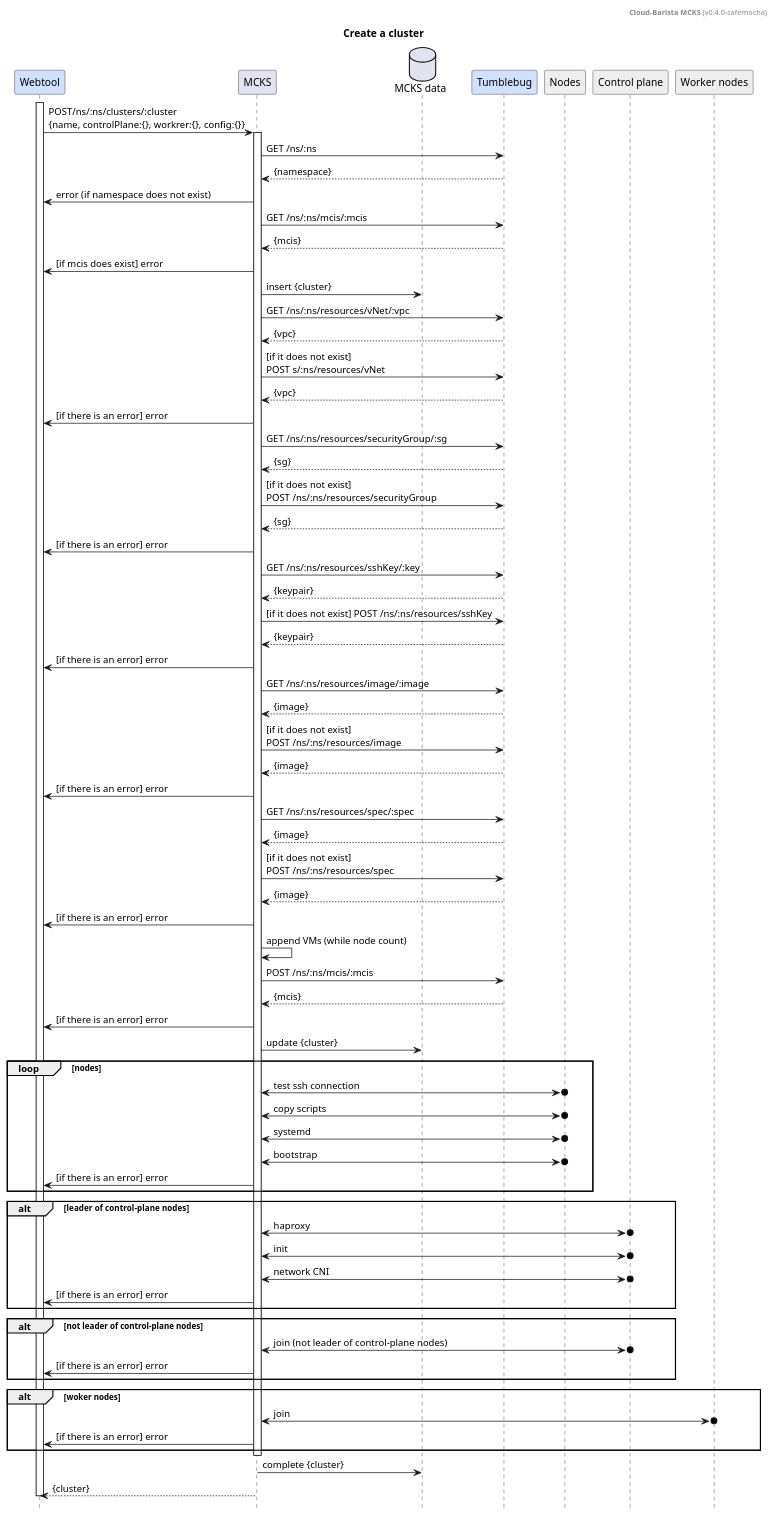
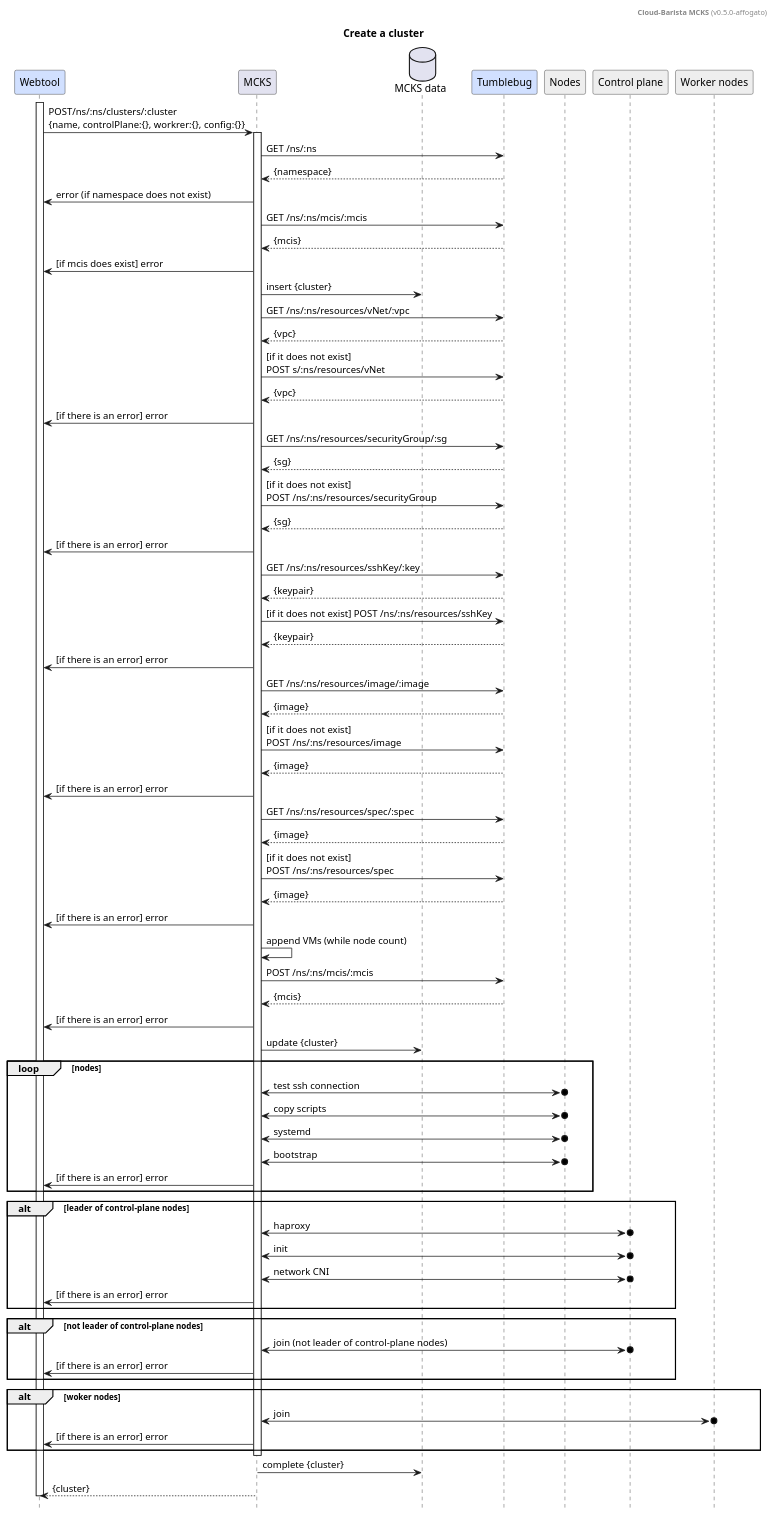
Before and after one commit to cloud-barista/cb-ladybug: the diagram in docs/design/cluster-create.puml, drawn with PlantUML. The commit also changed 11 other files, not shown here.

```diff
--- a/docs/design/cluster-create.puml
+++ b/docs/design/cluster-create.puml
@@ -1,122 +1,122 @@
 @startuml
 
-header **Cloud-Barista MCKS** (v0.4.0-cafemocha)
+header **Cloud-Barista MCKS** (v0.5.0-affogato)
 title Create a cluster
 hide footbox
 
 participant	"Webtool"		as webtool		#d1e0ff
 
 participant	"MCKS"		as provider
 database	"MCKS data"	as db
 
 participant	"Tumblebug"		as tumblebug	#d1e0ff
 participant	"Nodes"			as nodes		#eeeeee
 participant	"Control plane"	as mNodes		#eeeeee
 participant	"Worker nodes"	as wNodes		#eeeeee
 
 skinparam sequence {
 	GroupColor DeepSkyBlue
 }
 
 
 activate webtool
 	webtool		->	provider		: POST/ns/:ns/clusters/:cluster\n{name, controlPlane:{}, workrer:{}, config:{}}
 
 
 		activate provider
 
 			'-- 1.infra
 			'-- 1.1. namespace
 			provider	->	tumblebug	: GET /ns/:ns
 			tumblebug	-->	provider	: {namespace}
 			provider	->	webtool		: error (if namespace does not exist)
 
 			'-- 1.2. MCIS
 			provider	->	tumblebug	: GET /ns/:ns/mcis/:mcis
 			tumblebug	-->	provider	: {mcis}
 			provider	->	webtool		: [if mcis does exist] error 
 
 			'-- 
 			provider	->	db			: insert {cluster}
 
 			'-- 1.3. vpc
 			provider	->	tumblebug	: GET /ns/:ns/resources/vNet/:vpc
 			tumblebug	-->	provider	: {vpc}
 			provider	->	tumblebug	: [if it does not exist]\nPOST s/:ns/resources/vNet
 			tumblebug	-->	provider	: {vpc}
 			provider	->	webtool		: [if there is an error] error
 
 			'-- 1.4. sg(fw)
 			provider	->	tumblebug	: GET /ns/:ns/resources/securityGroup/:sg
 			tumblebug	-->	provider	: {sg}
 			provider	->	tumblebug	: [if it does not exist]\nPOST /ns/:ns/resources/securityGroup
 			tumblebug	-->	provider	: {sg}
 			provider	->	webtool		: [if there is an error] error
 
 			'-- 1.5. ssh
 			provider	->	tumblebug	: GET /ns/:ns/resources/sshKey/:key
 			tumblebug	-->	provider	: {keypair}
 			provider	->	tumblebug	: [if it does not exist] POST /ns/:ns/resources/sshKey
 			tumblebug	-->	provider	: {keypair}
 			provider	->	webtool		: [if there is an error] error
 			
 			'-- 1.6. image
 			provider	->	tumblebug	: GET /ns/:ns/resources/image/:image
 			tumblebug	-->	provider	: {image}
 			provider	->	tumblebug 	: [if it does not exist]\nPOST /ns/:ns/resources/image
 			tumblebug	-->	provider	: {image}
 			provider	->	webtool		: [if there is an error] error
 
 			'-- 1.7. spec
 			provider	->	tumblebug	: GET /ns/:ns/resources/spec/:spec
 			tumblebug	-->	provider	: {image}
 			provider	->	tumblebug 	: [if it does not exist]\nPOST /ns/:ns/resources/spec
 			tumblebug	-->	provider	: {image}
 			provider	->	webtool		: [if there is an error] error
 
 			'-- 1.8. mcis (vm)
 			provider	->	provider	: append VMs (while node count)
 			provider	->	tumblebug	: POST /ns/:ns/mcis/:mcis
 			tumblebug	-->	provider	: {mcis}
 			provider	->	webtool		: [if there is an error] error
 
 			'--
 			provider	->	db						: update {cluster}
 
 			' -- 2.1. boostrap
 			loop nodes
 				provider	<->o	nodes		: test ssh connection
 				provider	<->o	nodes		: copy scripts
 				provider	<->o	nodes		: systemd
 				provider	<->o	nodes		: bootstrap
 				provider	->		webtool		: [if there is an error] error
 			end
 
 			' -- 2.2. 
 			alt leader of control-plane  nodes
 				provider	<->o	mNodes		: haproxy
 				provider	<->o	mNodes		: init
 				provider	<->o	mNodes		: network CNI
 				provider	->	webtool			: [if there is an error] error
 			end
 
 			' -- 2.3. 
 			alt not leader of control-plane nodes
 				provider	<->o	mNodes		: join (not leader of control-plane nodes)
 				provider	->	webtool			: [if there is an error] error
 			end
 
 			' -- 2.3. 
 			alt woker nodes
 				provider	<->o	wNodes		: join
 				provider	->	webtool			: [if there is an error] error
 			end
 
 		deactivate provider
 
 		provider	->	db						: complete {cluster}
 		provider	-->	webtool					: {cluster}
 
 deactivate webtool
 
 @enduml
```
